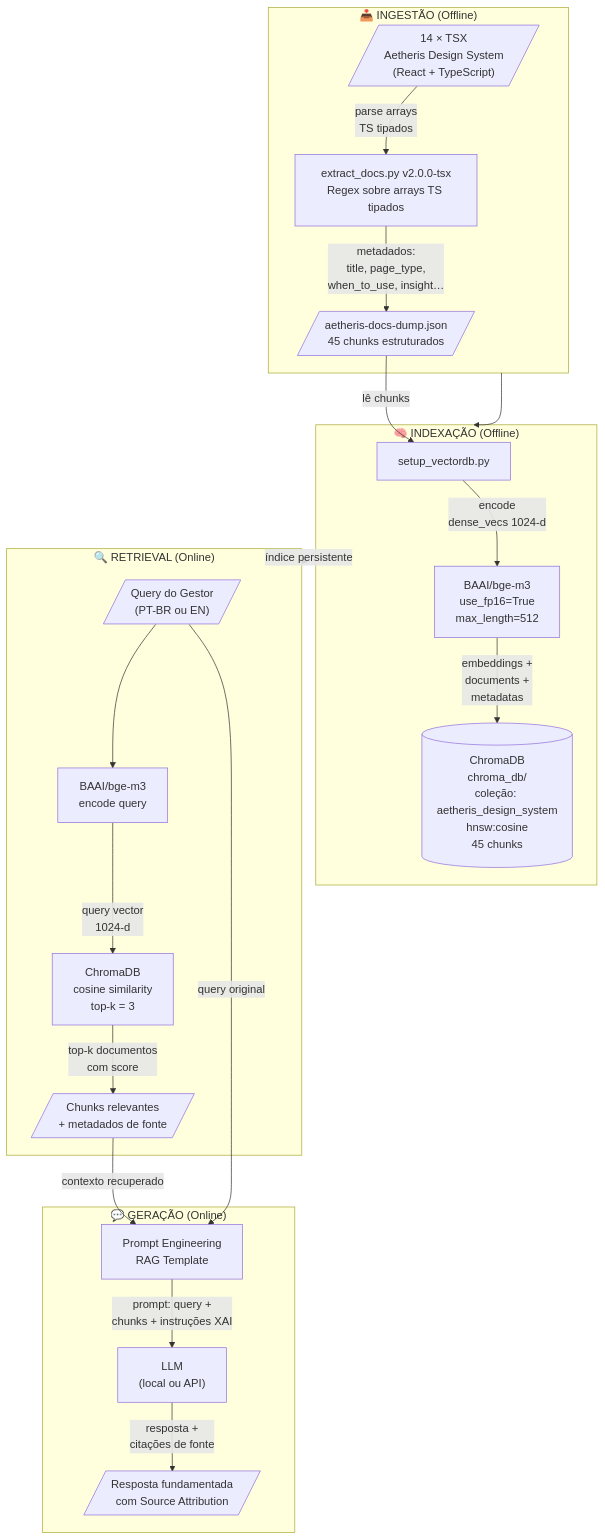
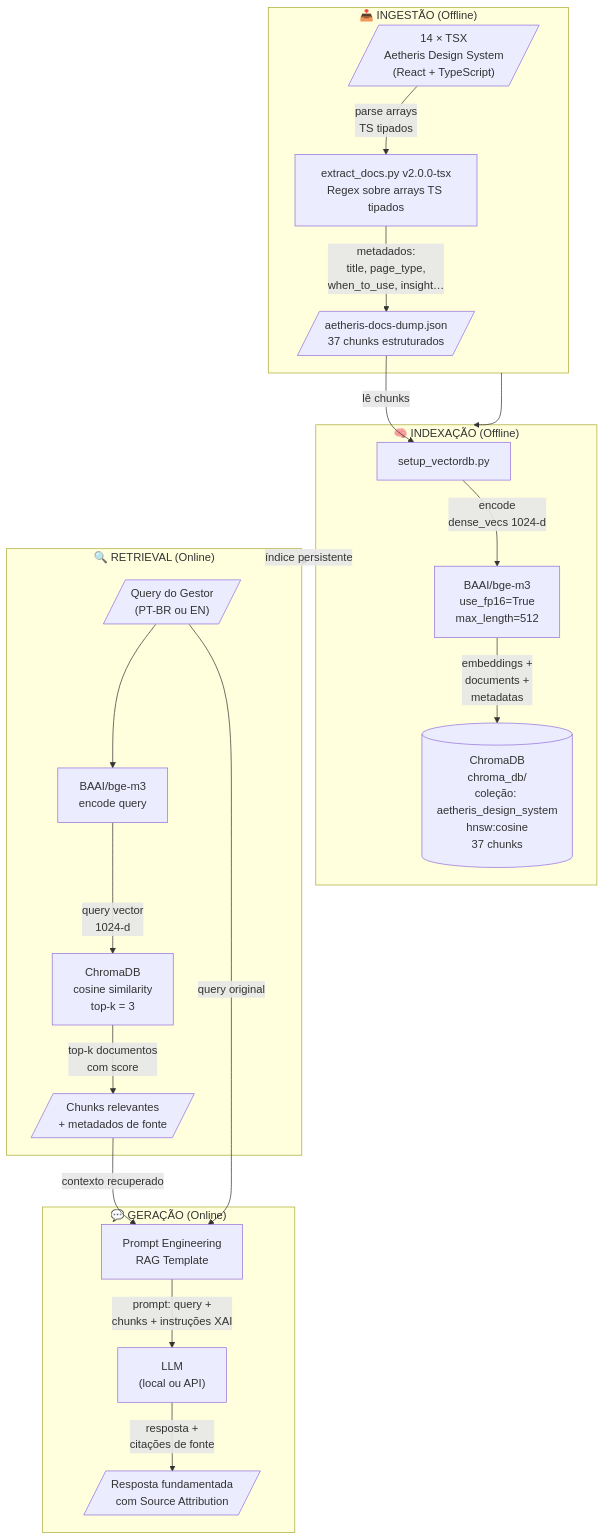
The diagram in rag/pipeline-specs.md (marianefontes/velaris), drawn with Mermaid before and after one commit. The commit also changed other lines of this file and 11 other files, not shown here.

````diff
--- a/rag/pipeline-specs.md
+++ b/rag/pipeline-specs.md
@@ -22,42 +22,42 @@
 ```mermaid
 flowchart TD
     subgraph INGESTÃO["📥 INGESTÃO (Offline)"]
         A[/"14 × TSX\nAetheris Design System\n(React + TypeScript)"/]
         B["extract_docs.py v2.0.0-tsx\nRegex sobre arrays TS tipados"]
-        C[/"aetheris-docs-dump.json\n45 chunks estruturados"/]
+        C[/"aetheris-docs-dump.json\n37 chunks estruturados"/]
         A -->|"parse arrays\nTS tipados"| B
         B -->|"metadados:\ntitle, page_type,\nwhen_to_use, insight…"| C
     end
 
     subgraph INDEXAÇÃO["🧠 INDEXAÇÃO (Offline)"]
         D["setup_vectordb.py"]
         E["BAAI/bge-m3\nuse_fp16=True\nmax_length=512"]
-        F[("ChromaDB\nchroma_db/\ncoleção: aetheris_design_system\nhnsw:cosine\n45 chunks")]
+        F[("ChromaDB\nchroma_db/\ncoleção: aetheris_design_system\nhnsw:cosine\n37 chunks")]
         C -->|"lê chunks"| D
         D -->|"encode\ndense_vecs 1024-d"| E
         E -->|"embeddings +\ndocuments +\nmetadatas"| F
     end
 
     subgraph RETRIEVAL["🔍 RETRIEVAL (Online)"]
         G[/"Query do Gestor\n(PT-BR ou EN)"/]
         H["BAAI/bge-m3\nencode query"]
         I["ChromaDB\ncosine similarity\ntop-k = 3"]
         J[/"Chunks relevantes\n+ metadados de fonte"/]
         G --> H
         H -->|"query vector\n1024-d"| I
         I -->|"top-k documentos\ncom score"| J
     end
 
     subgraph GERAÇÃO["💬 GERAÇÃO (Online)"]
         K["Prompt Engineering\nRAG Template"]
         L["LLM\n(local ou API)"]
         M[/"Resposta fundamentada\ncom Source Attribution"/]
         J -->|"contexto recuperado"| K
         G -->|"query original"| K
         K -->|"prompt: query +\nchunks + instruções XAI"| L
         L -->|"resposta +\ncitações de fonte"| M
     end
 
     INGESTÃO --> INDEXAÇÃO
     INDEXAÇÃO -.->|"índice persistente"| RETRIEVAL
 ```
````
